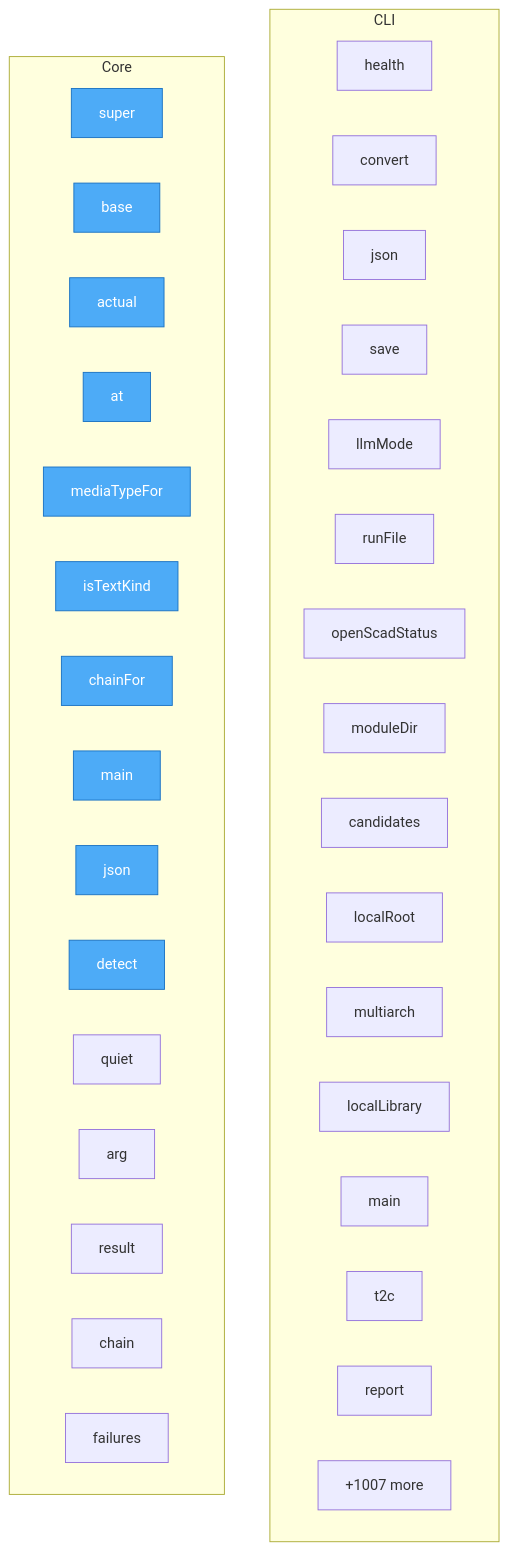
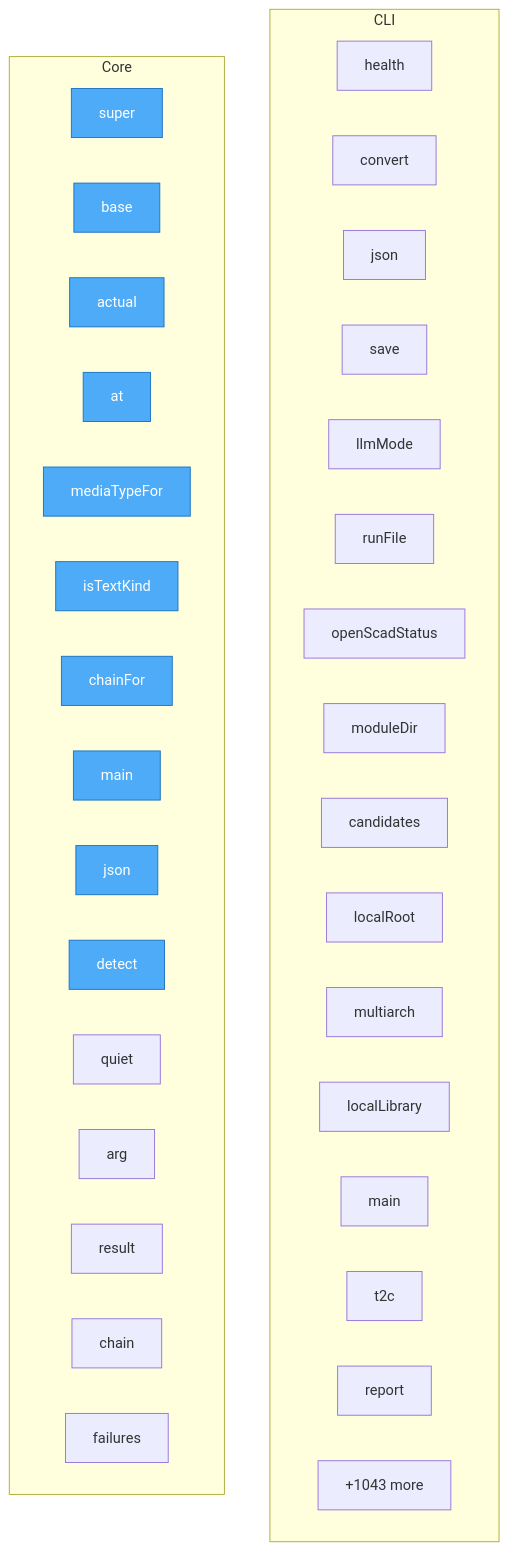
One commit to bioxfoundry/twin-dsl changed the diagram in project/flow.mmd. Above: the diagram before and after it, drawn with Mermaid. The commit also changed 31 other files, not shown here.

```diff
--- a/project/flow.mmd
+++ b/project/flow.mmd
@@ -1,45 +1,45 @@
 flowchart TD
-%% generated in 0.03s
+%% generated in 0.04s
 
     %% Entry points (blue)
     classDef entry fill:#4dabf7,stroke:#1971c2,color:#fff
 
     subgraph CLI
         deploy__docling__server__health["health"]
         deploy__docling__server__convert["convert"]
         src__cli__main__json["json"]
         src__cli__main__save["save"]
         src__cli__main__llmMode["llmMode"]
         src__cli__main__runFile["runFile"]
         src__cli__main__openScadStatus["openScadStatus"]
         src__cli__main__moduleDir["moduleDir"]
         src__cli__main__candidates["candidates"]
         src__cli__main__localRoot["localRoot"]
         src__cli__main__multiarch["multiarch"]
         src__cli__main__localLibrary["localLibrary"]
         src__cli__main__main["main"]
         src__cli__main__t2c["t2c"]
         src__cli__main__report["report"]
         ...["+18 more"]
     end
 
     subgraph Core
         js__f2md__src__types__ExternalConverterRequired__super["super"]
         js__f2md__src__detect__base["base"]
         js__f2md__src__detect__actual["actual"]
         js__f2md__src__detect__at["at"]
         js__f2md__src__detect__mediaTypeFor["mediaTypeFor"]
         js__f2md__src__detect__isTextKind["isTextKind"]
         js__f2md__src__cli__chainFor["chainFor"]
         js__f2md__src__cli__main["main"]
         js__f2md__src__cli__json["json"]
         js__f2md__src__cli__detect["detect"]
         js__f2md__src__cli__quiet["quiet"]
         js__f2md__src__cli__arg["arg"]
         js__f2md__src__cli__result["result"]
         js__f2md__src__cli__chain["chain"]
         js__f2md__src__cli__failures["failures"]
-        ...["+1007 more"]
+        ...["+1043 more"]
     end
 
     class js__f2md__src__types__ExternalConverterRequired__super,js__f2md__src__detect__base,js__f2md__src__detect__actual,js__f2md__src__detect__at,js__f2md__src__detect__mediaTypeFor,js__f2md__src__detect__isTextKind,js__f2md__src__cli__chainFor,js__f2md__src__cli__main,js__f2md__src__cli__json,js__f2md__src__cli__detect entry
```
